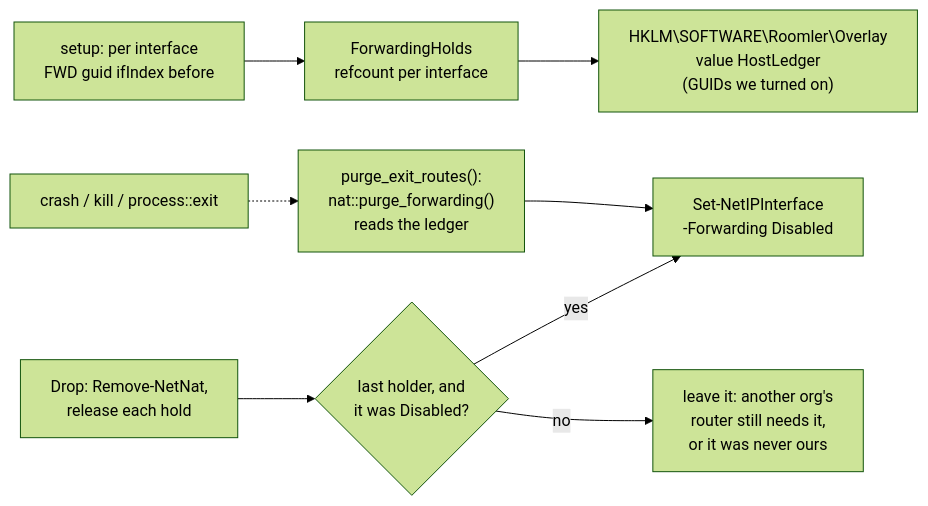
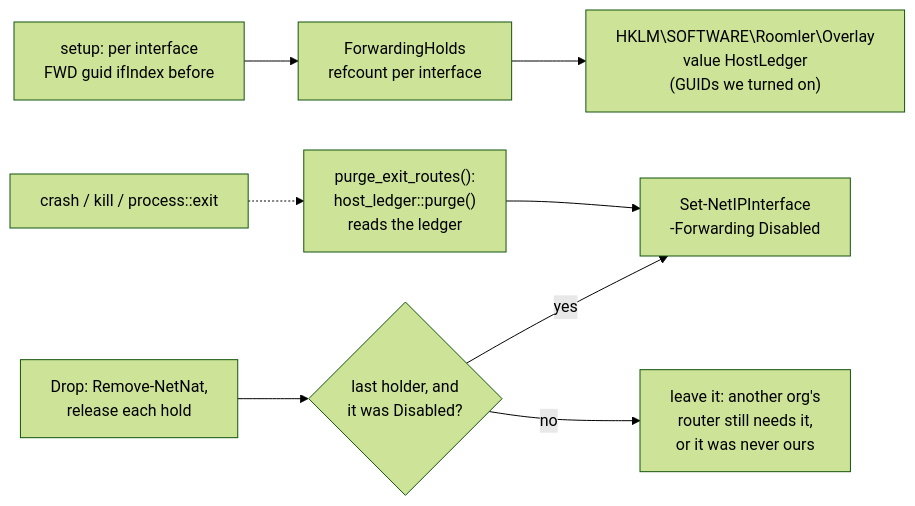
Before and after one commit to gjovanov/roomler-ai: the second of 4 diagrams in docs/overlay-exit-nodes.md, drawn with Mermaid (forest theme). The commit also changed other lines of this file and 6 other files, not shown here.

````diff
--- a/docs/overlay-exit-nodes.md
+++ b/docs/overlay-exit-nodes.md
@@ -229,9 +232,9 @@
 ```mermaid
 flowchart LR
     SETUP["setup: per interface<br/>FWD guid ifIndex before"] --> HOLD["ForwardingHolds<br/>refcount per interface"]
     HOLD --> LEDGER["HKLM\SOFTWARE\Roomler\Overlay<br/>value HostLedger<br/>(GUIDs we turned on)"]
     DROP["Drop: Remove-NetNat,<br/>release each hold"] --> LAST{"last holder, and<br/>it was Disabled?"}
     LAST -- yes --> OFF["Set-NetIPInterface<br/>-Forwarding Disabled"]
     LAST -- no --> KEEP["leave it: another org's<br/>router still needs it,<br/>or it was never ours"]
-    CRASH["crash / kill / process::exit"] -.-> PURGE["purge_exit_routes():<br/>nat::purge_forwarding()<br/>reads the ledger"] --> OFF
+    CRASH["crash / kill / process::exit"] -.-> PURGE["purge_exit_routes():<br/>host_ledger::purge()<br/>reads the ledger"] --> OFF
 ```
````
